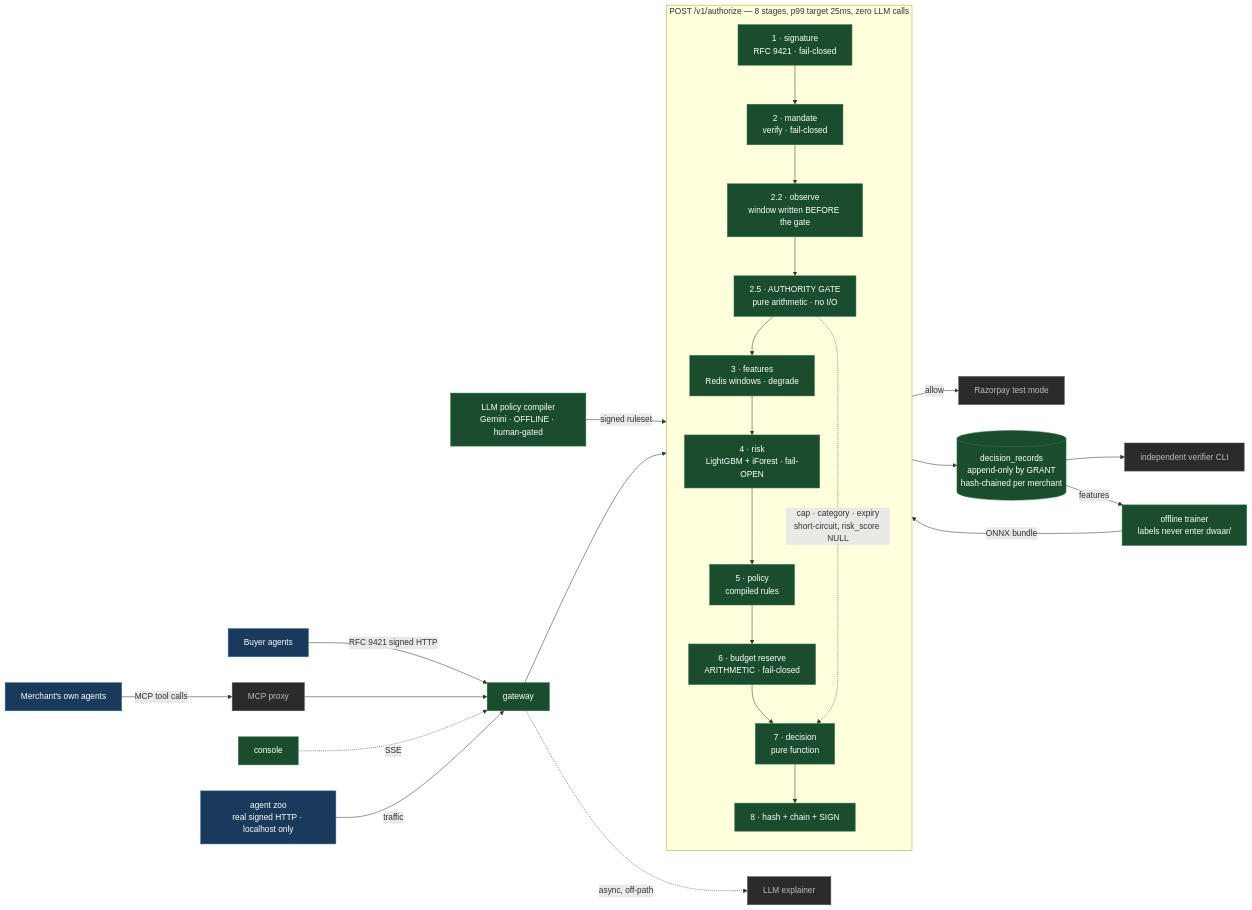
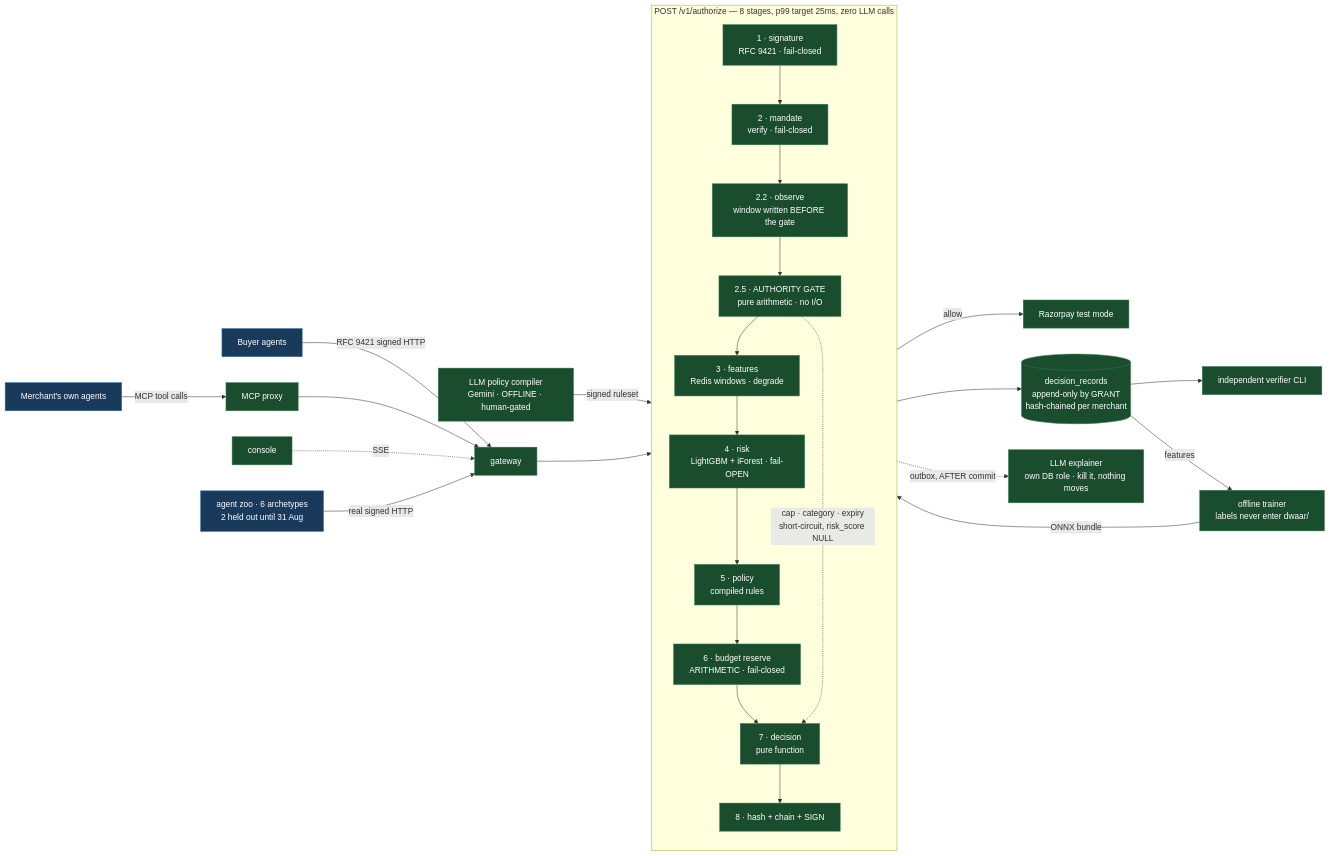
One commit to jack1824/razorpay changed the diagram in README.md. Above: the diagram before and after it, drawn with Mermaid. The commit also changed other lines of this file and 9 other files, not shown here.

````diff
--- a/README.md
+++ b/README.md
@@ -7,37 +7,37 @@
 ```mermaid
 flowchart LR
   BA[Buyer agents]:::ext -->|RFC 9421 signed HTTP| GW
-  MA[Merchant's own agents]:::ext -->|MCP tool calls| PX[MCP proxy]:::soon
+  MA[Merchant's own agents]:::ext -->|MCP tool calls| PX[MCP proxy]:::done
   PX --> GW
 
   subgraph DWAAR["POST /v1/authorize — 8 stages, p99 target 25ms, zero LLM calls"]
     direction TB
     S1["1 · signature<br/>RFC 9421 · fail-closed"]:::done
     S2["2 · mandate<br/>verify · fail-closed"]:::done
     G["2.5 · AUTHORITY GATE<br/>pure arithmetic · no I/O"]:::done
     S3["3 · features<br/>Redis windows · degrade"]:::done
     S4["4 · risk<br/>LightGBM + iForest · fail-OPEN"]:::done
     S5["5 · policy<br/>compiled rules"]:::done
     S6["6 · budget reserve<br/>ARITHMETIC · fail-closed"]:::done
     S7["7 · decision<br/>pure function"]:::done
     S8["8 · hash + chain + SIGN"]:::done
     S1 --> S2 --> OB["2.2 · observe<br/>window written BEFORE the gate"]:::done
     OB --> G --> S3 --> S4 --> S5 --> S6 --> S7 --> S8
     G -.->|"cap · category · expiry<br/>short-circuit, risk_score NULL"| S7
   end
 
   GW[gateway]:::done --> DWAAR
-  S7 -->|allow| RZP[Razorpay test mode]:::soon
+  S7 -->|allow| RZP[Razorpay test mode]:::done
   S8 --> CH[(decision_records<br/>append-only by GRANT<br/>hash-chained per merchant)]:::done
-  CH --> V[independent verifier CLI]:::soon
-  GW -. async, off-path .-> EX[LLM explainer]:::soon
+  CH --> V[independent verifier CLI]:::done
+  S8 -. outbox, AFTER commit .-> EX[LLM explainer<br/>own DB role · kill it, nothing moves]:::done
   PC[LLM policy compiler<br/>Gemini · OFFLINE · human-gated]:::done -->|signed ruleset| S5
   CON[console]:::done -. SSE .-> GW
-  ZOO[agent zoo<br/>real signed HTTP · localhost only]:::ext -->|traffic| GW
+  ZOO[agent zoo · 6 archetypes<br/>2 held out until 31 Aug]:::ext -->|real signed HTTP| GW
   CH -->|features| TR[offline trainer<br/>labels never enter dwaar/]:::done
   TR -->|ONNX bundle| S4
 
   classDef done fill:#1a4d2e,stroke:#2d7a4a,color:#fff
   classDef soon fill:#2b2b2b,stroke:#555,color:#bbb
   classDef ext  fill:#1a3a5c,stroke:#2d6a9f,color:#fff
 ```
````
